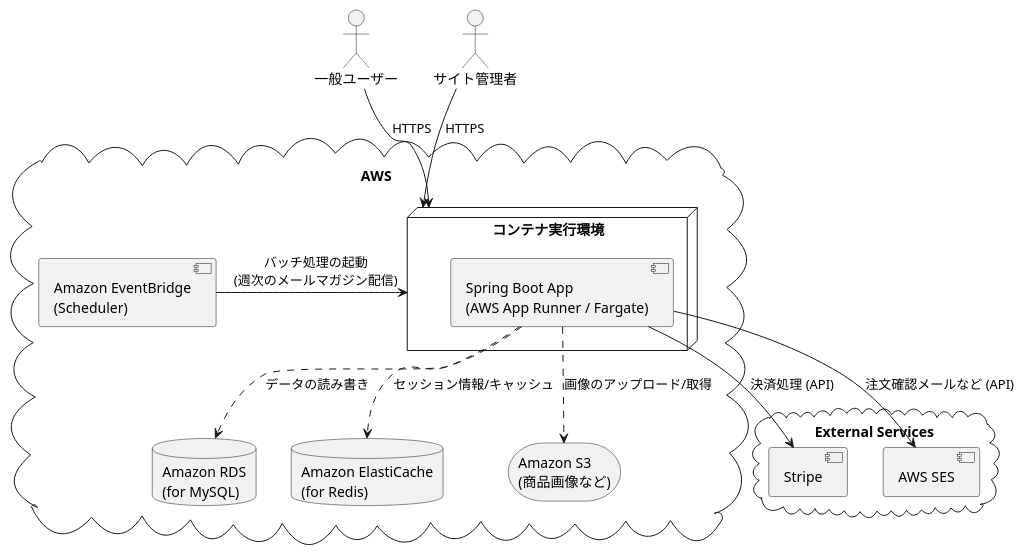
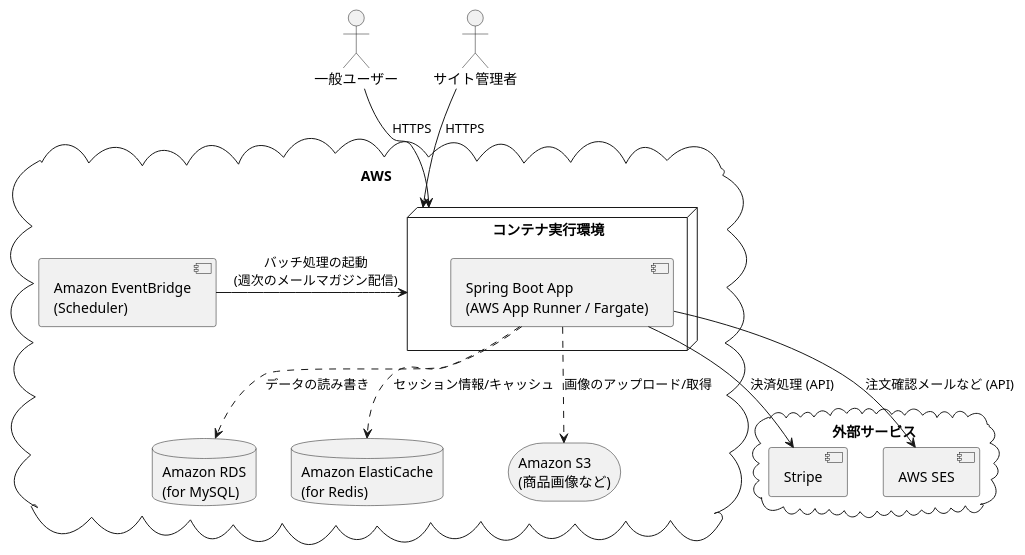
Before and after one commit to Atgsasakazh5/my-ec-site: the diagram in docs/diagrams/system-architecture.puml, drawn with PlantUML. The commit also changed 1 other file, not shown here.

Commit message:
README.mdにdiagramを追加

```diff
--- a/docs/diagrams/system-architecture.puml
+++ b/docs/diagrams/system-architecture.puml
@@ -1,41 +1,41 @@
 @startuml EC Site Architecture - Physical
 
 ' ====== アクターの定義 ======
 actor "一般ユーザー" as user
 actor "サイト管理者" as admin
 
 ' ====== AWSクラウド環境の定義 ======
 cloud "AWS" {
     component "Amazon EventBridge\n(Scheduler)" as scheduler
 
     node "コンテナ実行環境" as compute {
         component "Spring Boot App\n(AWS App Runner / Fargate)" as backend
     }
     
     database "Amazon RDS\n(for MySQL)" as rds
     database "Amazon ElastiCache\n(for Redis)" as elasticache
     storage "Amazon S3\n(商品画像など)" as s3
 }
 
 ' ====== 外部サービスの定義 ======
-cloud "External Services" {
+cloud "外部サービス" {
     component "Stripe" as stripe
     component "AWS SES" as ses
 }
 
 
 ' ====== 関係性の定義 ======
 user --> compute : "HTTPS"
 admin --> compute : "HTTPS"
 
 backend ..> rds : "データの読み書き"
 backend ..> elasticache : "セッション情報/キャッシュ"
 backend ..> s3 : "画像のアップロード/取得"
 
 backend --> stripe : "決済処理 (API)"
 backend --> ses : "注文確認メールなど (API)"
 
 scheduler -> compute : "バッチ処理の起動\n(週次のメールマガジン配信)"
 
 
 @enduml
```
